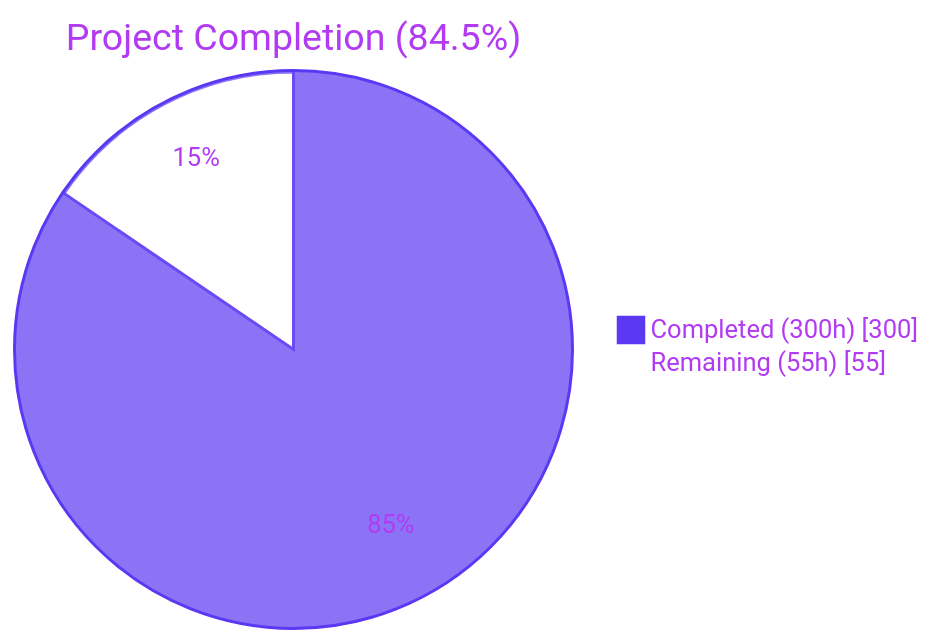
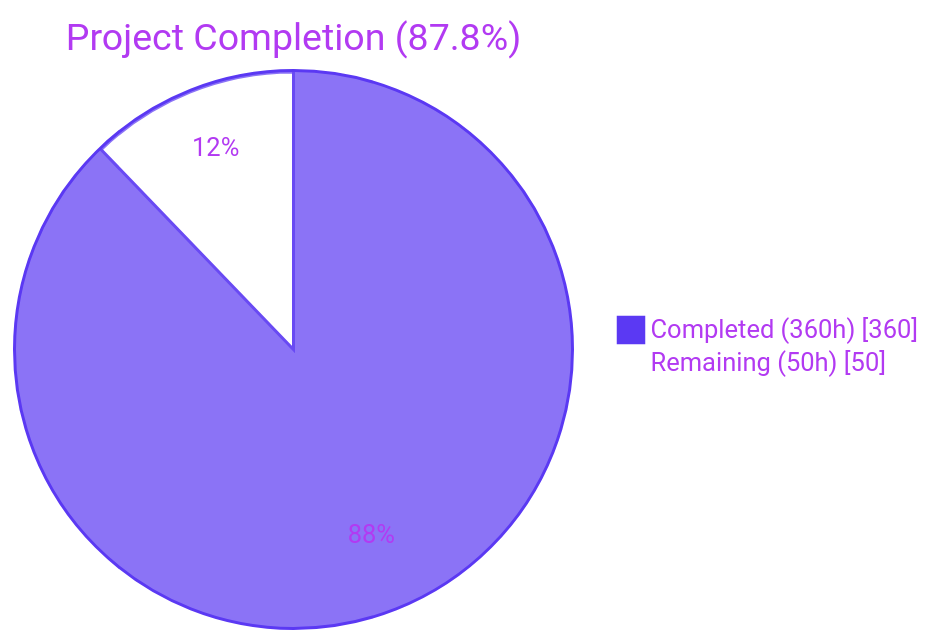
One commit to Blitzy-Sandbox/blitzy-ghostfolio changed the first of 3 diagrams in blitzy/documentation/Project Guide.md. Above: the diagram before and after it, drawn with Mermaid. The commit also changed other lines of this file, not shown here.

Commit message:
Adding Blitzy Project Guide: Project Status and Human Tasks Remaining

````diff
--- a/blitzy/documentation/Project Guide.md
+++ b/blitzy/documentation/Project Guide.md
@@ -9,6 +15,6 @@
 ```mermaid
 %%{init: {'theme':'base', 'themeVariables': { 'pie1':'#5B39F3', 'pie2':'#FFFFFF', 'pieStrokeColor':'#5B39F3', 'pieOuterStrokeColor':'#5B39F3', 'pieTitleTextColor':'#B23AF2', 'pieSectionTextColor':'#B23AF2', 'pieLegendTextColor':'#B23AF2'}}}%%
-pie showData title Project Completion (84.5%)
-    "Completed (300h)" : 300
-    "Remaining (55h)" : 55
+pie showData title Project Completion (87.8%)
+    "Completed (360h)" : 360
+    "Remaining (50h)" : 50
 ```
````
